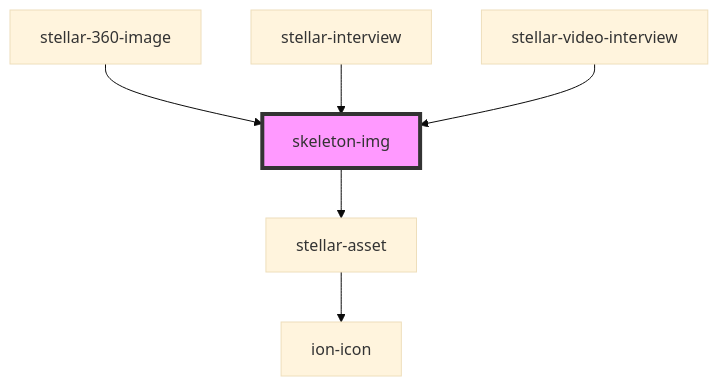
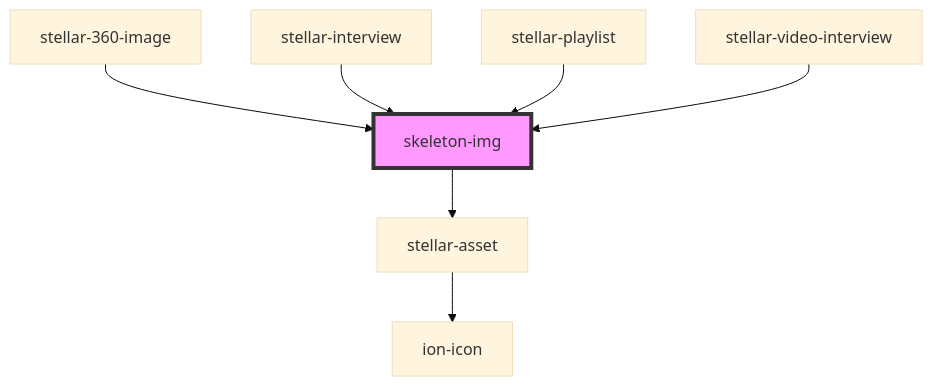
One commit to splitinfinities/Stellar changed the diagram in src/components/media/skeleton-img/readme.md. Above: the diagram before and after it, drawn with Mermaid (base theme). The commit also changed other lines of this file and 7 other files, not shown here.

````diff
--- a/src/components/media/skeleton-img/readme.md
+++ b/src/components/media/skeleton-img/readme.md
@@ -64,9 +65,10 @@
 ```mermaid
 graph TD;
   skeleton-img --> stellar-asset
   stellar-asset --> ion-icon
   stellar-360-image --> skeleton-img
   stellar-interview --> skeleton-img
+  stellar-playlist --> skeleton-img
   stellar-video-interview --> skeleton-img
   style skeleton-img fill:#f9f,stroke:#333,stroke-width:4px
 ```
````
